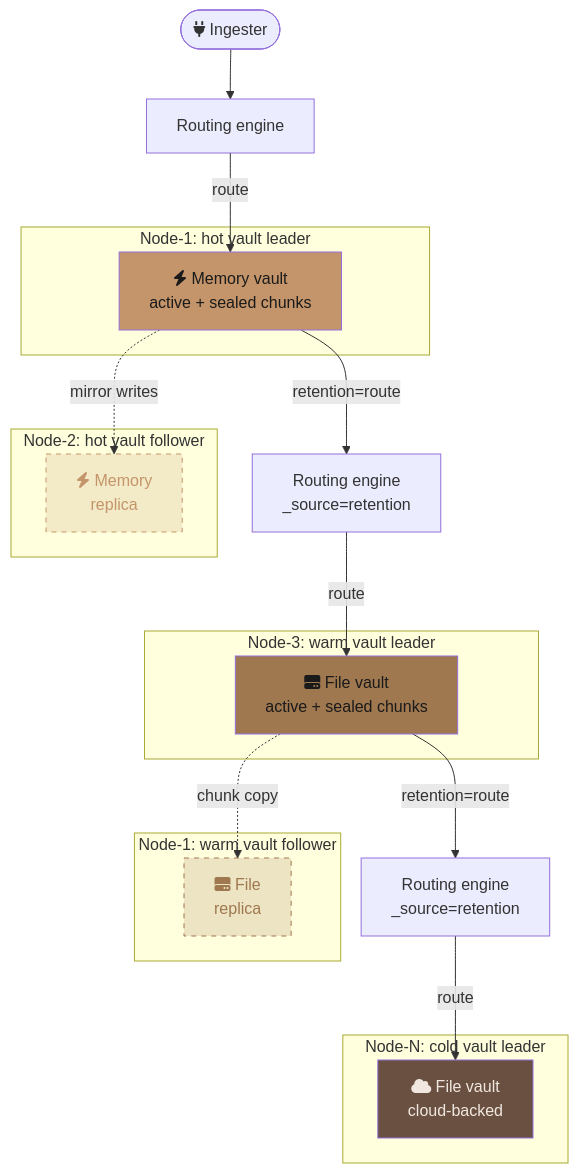
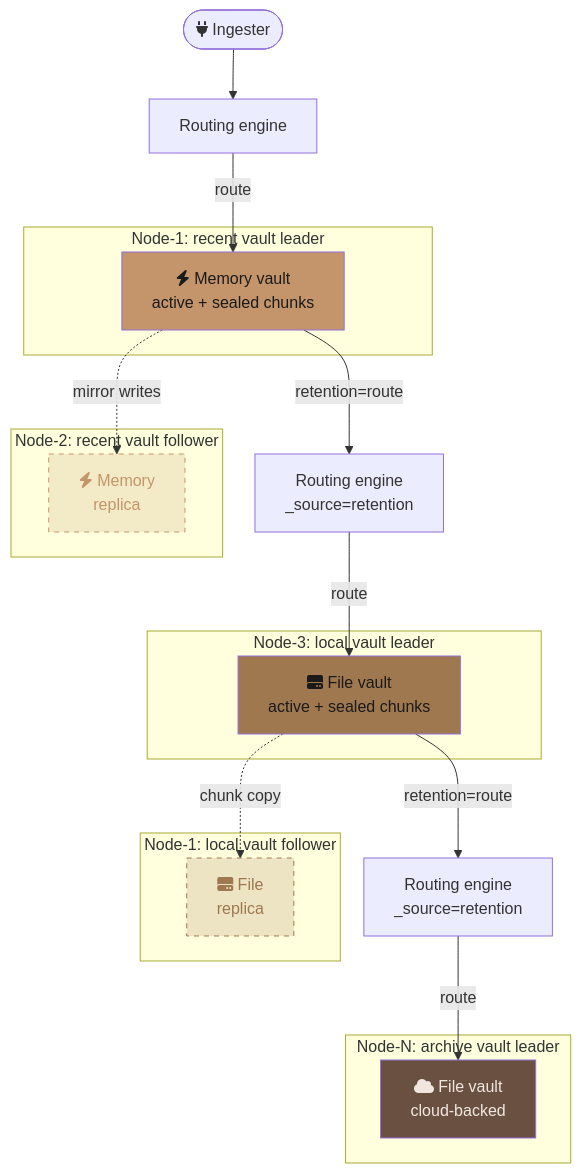
The third of 5 diagrams in docs/vision.md (kluzzebass/gastrolog), drawn with Mermaid before and after one commit. The commit also changed other lines of this file and 18 other files, not shown here.

First line of the commit message:
Excise hot/warm/cold tier vocabulary; rename demo vaults (gastrolog-5v38p).

````diff
--- a/docs/vision.md
+++ b/docs/vision.md
@@ -188,39 +188,39 @@
 ```mermaid
 flowchart TB
     I([fa:fa-plug Ingester]) --> RT[Routing engine]
 
-    RT -->|route| HOT
-    HOT -->|retention=route| RT2[Routing engine<br/>_source=retention]
-    RT2 -->|route| WARM
-    WARM -->|retention=route| RT3[Routing engine<br/>_source=retention]
-    RT3 -->|route| COLD
+    RT -->|route| RECENT
+    RECENT -->|retention=route| RT2[Routing engine<br/>_source=retention]
+    RT2 -->|route| LOCAL
+    LOCAL -->|retention=route| RT3[Routing engine<br/>_source=retention]
+    RT3 -->|route| ARCHIVE
 
-    subgraph node1hot [Node-1: hot vault leader]
-        HOT[fa:fa-bolt Memory vault<br/>active + sealed chunks]
+    subgraph node1recent [Node-1: recent vault leader]
+        RECENT[fa:fa-bolt Memory vault<br/>active + sealed chunks]
     end
 
-    subgraph node2hot [Node-2: hot vault follower]
-        HOT_R[fa:fa-bolt Memory<br/>replica]
+    subgraph node2recent [Node-2: recent vault follower]
+        RECENT_R[fa:fa-bolt Memory<br/>replica]
     end
 
-    subgraph node3warm [Node-3: warm vault leader]
-        WARM[fa:fa-hard-drive File vault<br/>active + sealed chunks]
+    subgraph node3local [Node-3: local vault leader]
+        LOCAL[fa:fa-hard-drive File vault<br/>active + sealed chunks]
     end
 
-    subgraph node1warm [Node-1: warm vault follower]
-        WARM_R[fa:fa-hard-drive File<br/>replica]
+    subgraph node1local [Node-1: local vault follower]
+        LOCAL_R[fa:fa-hard-drive File<br/>replica]
     end
 
-    subgraph clouds3 [Node-N: cold vault leader]
-        COLD[fa:fa-cloud File vault<br/>cloud-backed]
+    subgraph clouds3 [Node-N: archive vault leader]
+        ARCHIVE[fa:fa-cloud File vault<br/>cloud-backed]
     end
 
-    HOT -.->|mirror writes| HOT_R
-    WARM -.->|chunk copy| WARM_R
+    RECENT -.->|mirror writes| RECENT_R
+    LOCAL -.->|chunk copy| LOCAL_R
 
-    style HOT fill:#c4956a,color:#1a1a1a
-    style WARM fill:#a07850,color:#1a1a1a
-    style COLD fill:#6a5040,color:#f0e8e0
-    style HOT_R fill:#c4956a33,color:#c4956a,stroke:#c4956a,stroke-dasharray:5
-    style WARM_R fill:#a0785033,color:#a07850,stroke:#a07850,stroke-dasharray:5
+    style RECENT fill:#c4956a,color:#1a1a1a
+    style LOCAL fill:#a07850,color:#1a1a1a
+    style ARCHIVE fill:#6a5040,color:#f0e8e0
+    style RECENT_R fill:#c4956a33,color:#c4956a,stroke:#c4956a,stroke-dasharray:5
+    style LOCAL_R fill:#a0785033,color:#a07850,stroke:#a07850,stroke-dasharray:5
 ```
````
